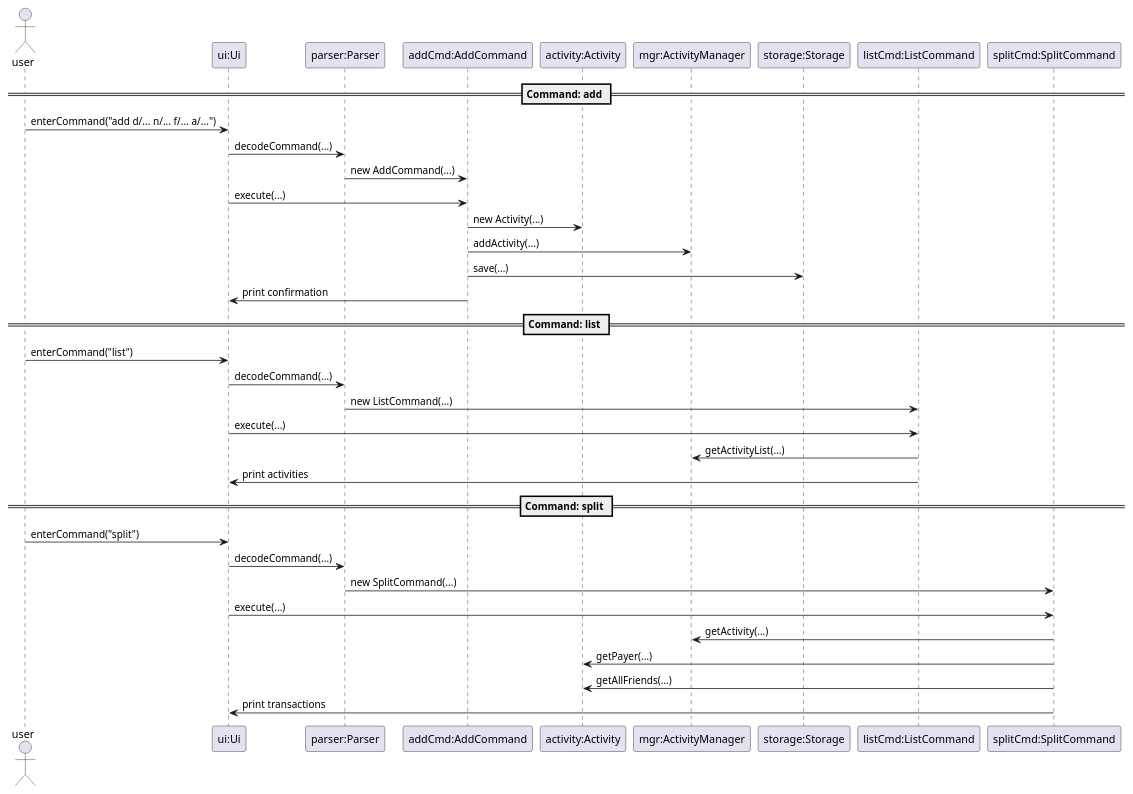
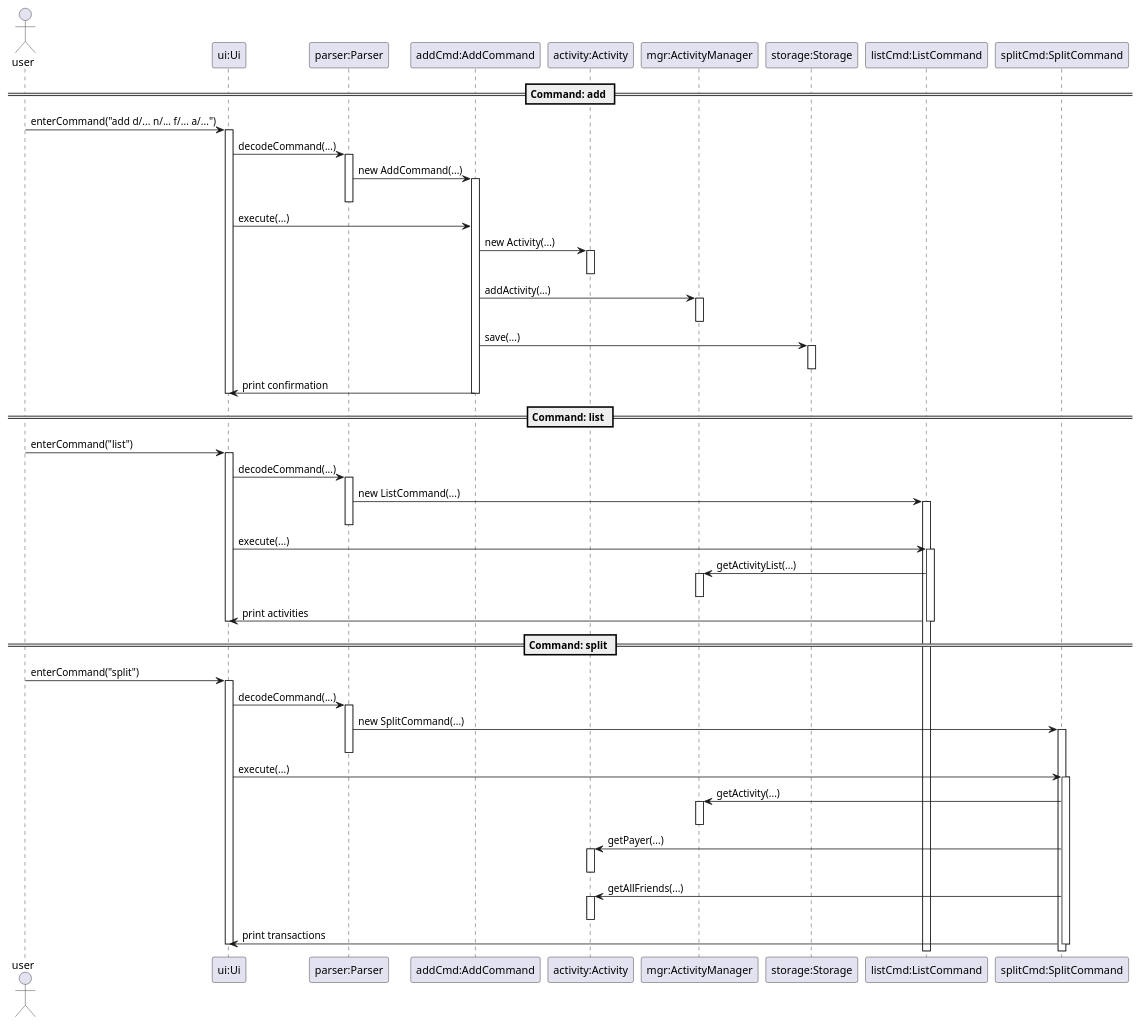
Before and after one commit to jing-yen/tp: the diagram in docs/diagrams/ComponentsRSSeq.puml, drawn with PlantUML. The commit also changed 1 other file, not shown here.

Commit message:
Update Components relationship sequence diagrams to include activation bars

```diff
--- a/docs/diagrams/ComponentsRSSeq.puml
+++ b/docs/diagrams/ComponentsRSSeq.puml
@@ -1,40 +1,76 @@
 @startuml
 actor user
 
 participant "ui:Ui" as ui
 participant "parser:Parser" as parser
 participant "addCmd:AddCommand" as addCmd
 participant "activity:Activity" as activity
 participant "mgr:ActivityManager" as mgr
 participant "storage:Storage" as storage
 participant "listCmd:ListCommand" as listCmd
 participant "splitCmd:SplitCommand" as splitCmd
 
 == Command: add ==
 user -> ui : enterCommand("add d/... n/... f/... a/...")
+activate ui
 ui -> parser : decodeCommand(...)
+activate parser
 parser -> addCmd : new AddCommand(...)
+activate addCmd
+deactivate parser
 ui -> addCmd : execute(...)
+' addCmd remains active during its execution
 addCmd -> activity : new Activity(...)
+activate activity
+deactivate activity
 addCmd -> mgr : addActivity(...)
+activate mgr
+deactivate mgr
 addCmd -> storage : save(...)
+activate storage
+deactivate storage
 addCmd -> ui : print confirmation
+deactivate addCmd
+deactivate ui
 
 == Command: list ==
 user -> ui : enterCommand("list")
+activate ui
 ui -> parser : decodeCommand(...)
+activate parser
 parser -> listCmd : new ListCommand(...)
+activate listCmd
+deactivate parser
 ui -> listCmd : execute(...)
+activate listCmd
 listCmd -> mgr : getActivityList(...)
+activate mgr
+deactivate mgr
 listCmd -> ui : print activities
+deactivate listCmd
+deactivate ui
 
 == Command: split ==
 user -> ui : enterCommand("split")
+activate ui
 ui -> parser : decodeCommand(...)
+activate parser
 parser -> splitCmd : new SplitCommand(...)
+activate splitCmd
+deactivate parser
 ui -> splitCmd : execute(...)
+activate splitCmd
 splitCmd -> mgr : getActivity(...)
+activate mgr
+deactivate mgr
 splitCmd -> activity : getPayer(...)
+activate activity
+deactivate activity
 splitCmd -> activity : getAllFriends(...)
+activate activity
+deactivate activity
 splitCmd -> ui : print transactions
+deactivate splitCmd
+deactivate ui
+
 @enduml
```
